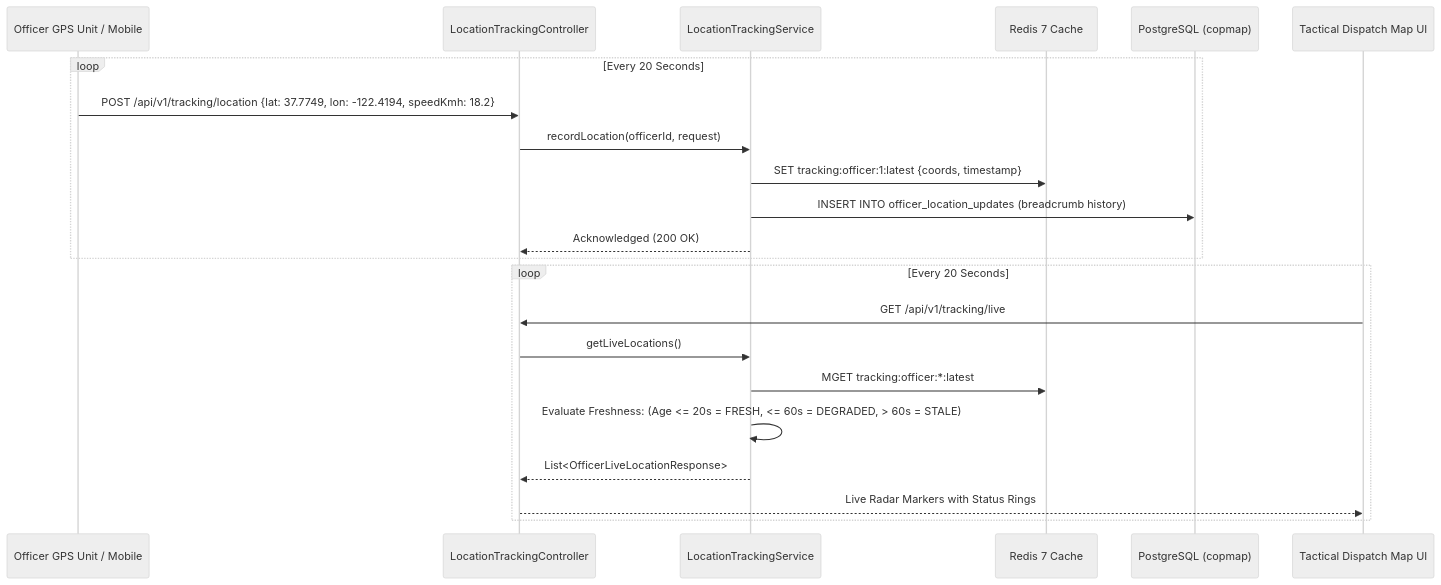
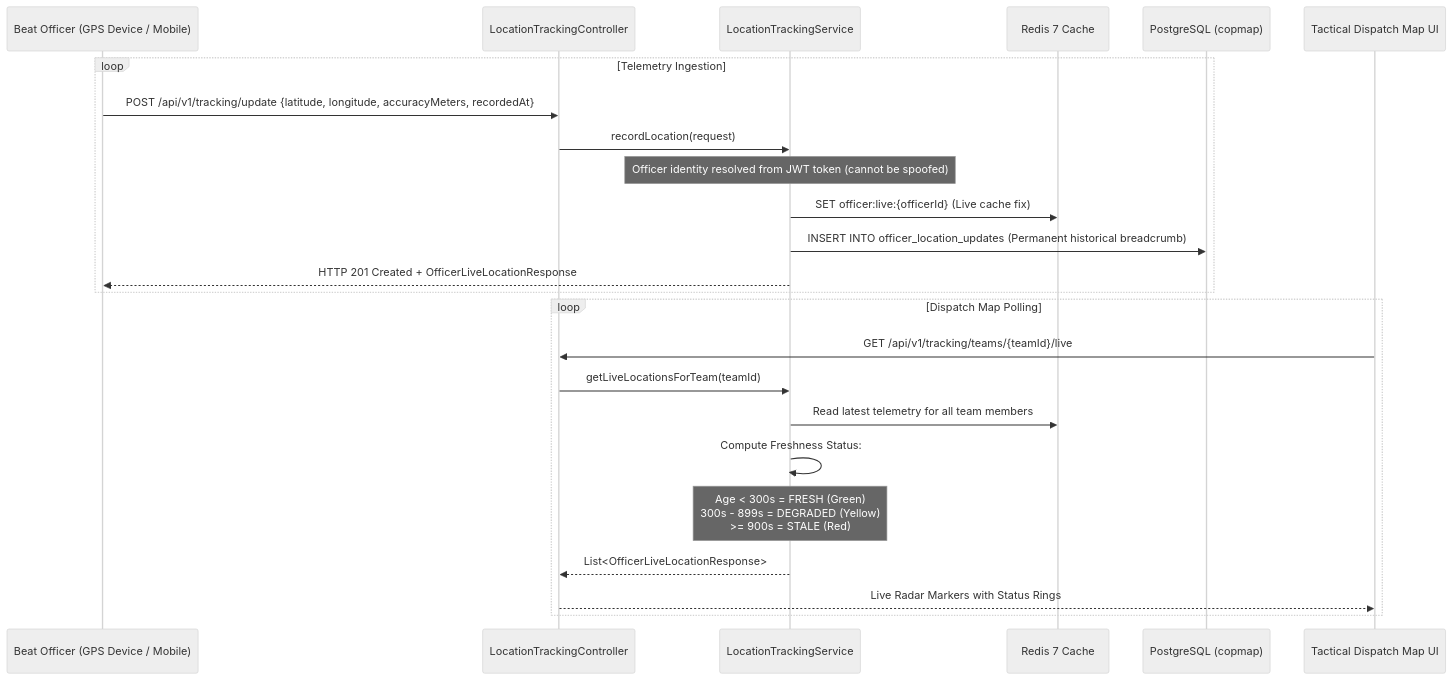
The sixth of 7 diagrams in README.md (Anantctrl/CMP), drawn with Mermaid (neutral theme) before and after one commit. The commit also changed other lines of this file, not shown here.

Commit message:
docs(readme): audit and align all architectural claims, endpoints, and setup instructions with actual codebase

````diff
--- a/README.md
+++ b/README.md
@@ -231,26 +235,28 @@
 ```mermaid
 sequenceDiagram
-    participant Device as Officer GPS Unit / Mobile
+    participant Officer as Beat Officer (GPS Device / Mobile)
     participant TrackCtrl as LocationTrackingController
     participant TrackSvc as LocationTrackingService
     participant Redis as Redis 7 Cache
     participant PG as PostgreSQL (copmap)
     participant C2Map as Tactical Dispatch Map UI
 
-    loop Every 20 Seconds
-        Device->>TrackCtrl: POST /api/v1/tracking/location {lat: 37.7749, lon: -122.4194, speedKmh: 18.2}
-        TrackCtrl->>TrackSvc: recordLocation(officerId, request)
-        TrackSvc->>Redis: SET tracking:officer:1:latest {coords, timestamp}
-        TrackSvc->>PG: INSERT INTO officer_location_updates (breadcrumb history)
-        TrackSvc-->>TrackCtrl: Acknowledged (200 OK)
+    loop Telemetry Ingestion
+        Officer->>TrackCtrl: POST /api/v1/tracking/update {latitude, longitude, accuracyMeters, recordedAt}
+        TrackCtrl->>TrackSvc: recordLocation(request)
+        Note over TrackSvc: Officer identity resolved from JWT token (cannot be spoofed)
+        TrackSvc->>Redis: SET officer:live:{officerId} (Live cache fix)
+        TrackSvc->>PG: INSERT INTO officer_location_updates (Permanent historical breadcrumb)
+        TrackSvc-->>Officer: HTTP 201 Created + OfficerLiveLocationResponse
     end
 
-    loop Every 20 Seconds
-        C2Map->>TrackCtrl: GET /api/v1/tracking/live
-        TrackCtrl->>TrackSvc: getLiveLocations()
-        TrackSvc->>Redis: MGET tracking:officer:*:latest
-        TrackSvc->>TrackSvc: Evaluate Freshness: (Age <= 20s = FRESH, <= 60s = DEGRADED, > 60s = STALE)
+    loop Dispatch Map Polling
+        C2Map->>TrackCtrl: GET /api/v1/tracking/teams/{teamId}/live
+        TrackCtrl->>TrackSvc: getLiveLocationsForTeam(teamId)
+        TrackSvc->>Redis: Read latest telemetry for all team members
+        TrackSvc->>TrackSvc: Compute Freshness Status:
+        Note over TrackSvc: Age < 300s = FRESH (Green)<br/>300s - 899s = DEGRADED (Yellow)<br/>>= 900s = STALE (Red)
         TrackSvc-->>TrackCtrl: List<OfficerLiveLocationResponse>
         TrackCtrl-->>C2Map: Live Radar Markers with Status Rings
     end
 ```
````
